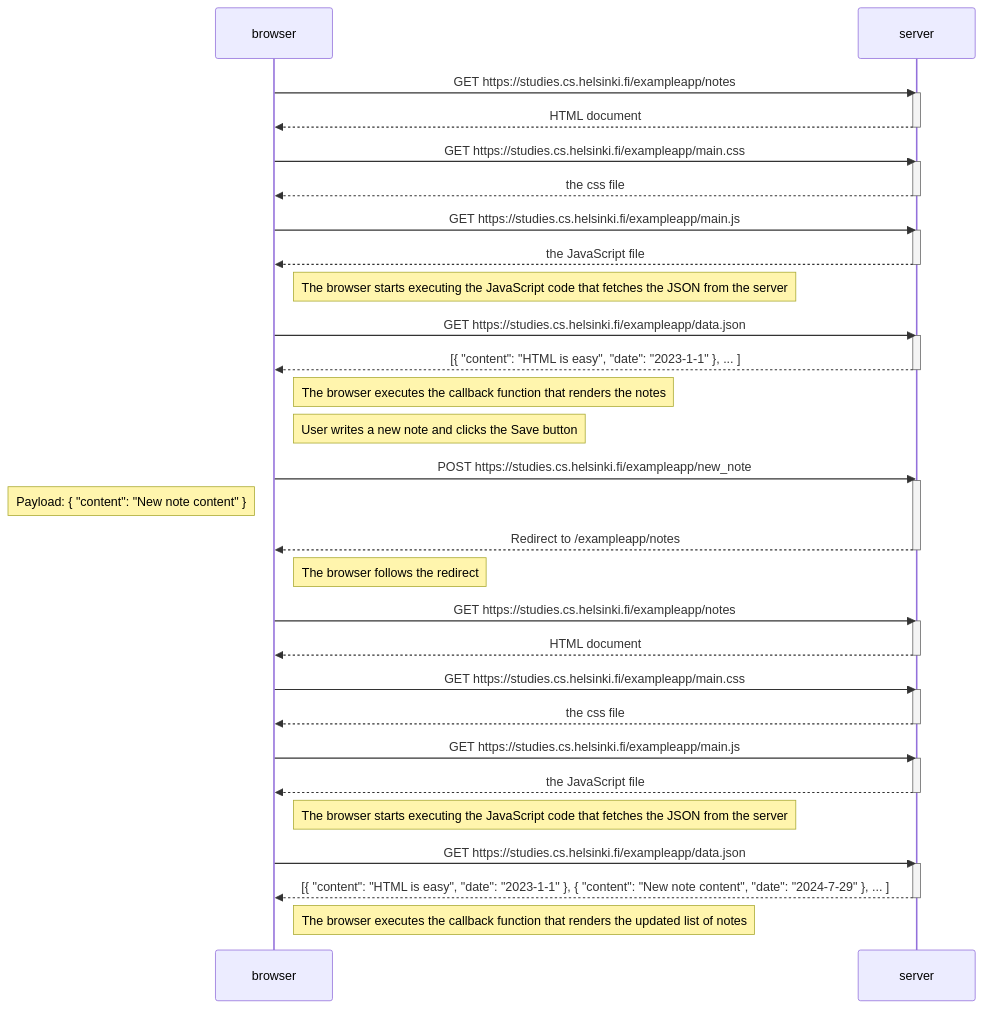
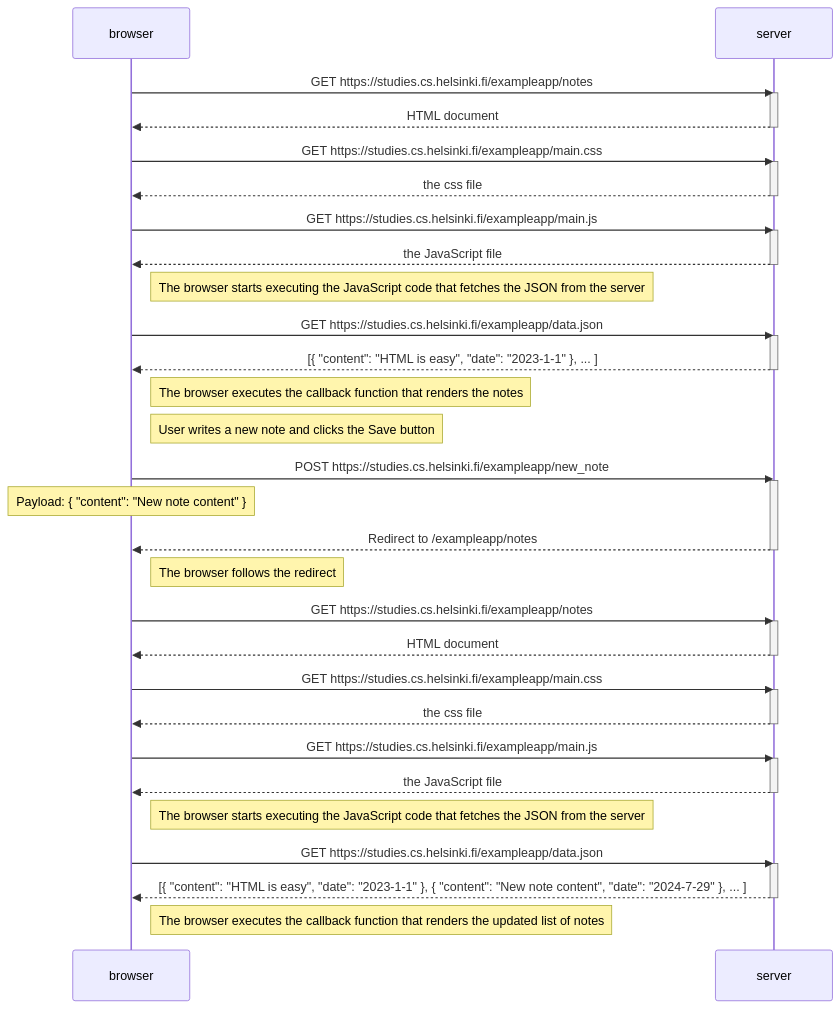
One commit to Eeppa12/Fullstackopen changed the diagram in Part 0/04.mmd. Above: the diagram before and after it, drawn with Mermaid.

```diff
--- a/Part 0/04.mmd
+++ b/Part 0/04.mmd
@@ -1,62 +1,62 @@
 
 sequenceDiagram
 participant browser
 participant server
 
 browser->>server: GET https://studies.cs.helsinki.fi/exampleapp/notes
 activate server
 server-->>browser: HTML document
 deactivate server
 
 browser->>server: GET https://studies.cs.helsinki.fi/exampleapp/main.css
 activate server
 server-->>browser: the css file
 deactivate server
 
 browser->>server: GET https://studies.cs.helsinki.fi/exampleapp/main.js
 activate server
 server-->>browser: the JavaScript file
 deactivate server
 
 Note right of browser: The browser starts executing the JavaScript code that fetches the JSON from the server
 
 browser->>server: GET https://studies.cs.helsinki.fi/exampleapp/data.json
 activate server
 server-->>browser: [{ "content": "HTML is easy", "date": "2023-1-1" }, ... ]
 deactivate server
 
 Note right of browser: The browser executes the callback function that renders the notes
 
 Note right of browser: User writes a new note and clicks the Save button
 
 browser->>server: POST https://studies.cs.helsinki.fi/exampleapp/new_note
 activate server
-Note left of browser: Payload: { "content": "New note content" }
+Note over browser: Payload: { "content": "New note content" }
 server-->>browser: Redirect to /exampleapp/notes
 deactivate server
 
 Note right of browser: The browser follows the redirect
 
 browser->>server: GET https://studies.cs.helsinki.fi/exampleapp/notes
 activate server
 server-->>browser: HTML document
 deactivate server
 
 browser->>server: GET https://studies.cs.helsinki.fi/exampleapp/main.css
 activate server
 server-->>browser: the css file
 deactivate server
 
 browser->>server: GET https://studies.cs.helsinki.fi/exampleapp/main.js
 activate server
 server-->>browser: the JavaScript file
 deactivate server
 
 Note right of browser: The browser starts executing the JavaScript code that fetches the JSON from the server
 
 browser->>server: GET https://studies.cs.helsinki.fi/exampleapp/data.json
 activate server
 server-->>browser: [{ "content": "HTML is easy", "date": "2023-1-1" }, { "content": "New note content", "date": "2024-7-29" }, ... ]
 deactivate server
 
 Note right of browser: The browser executes the callback function that renders the updated list of notes
```
